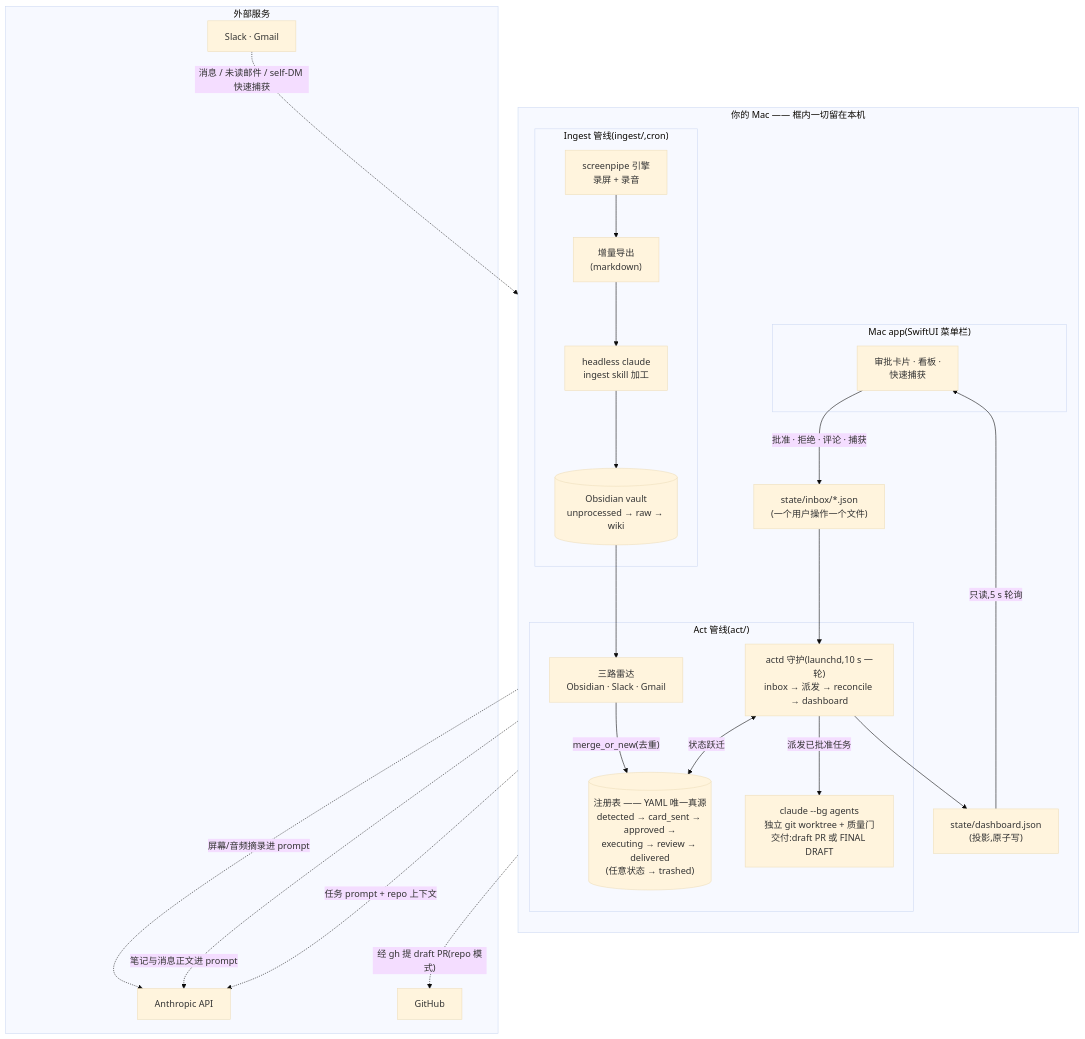
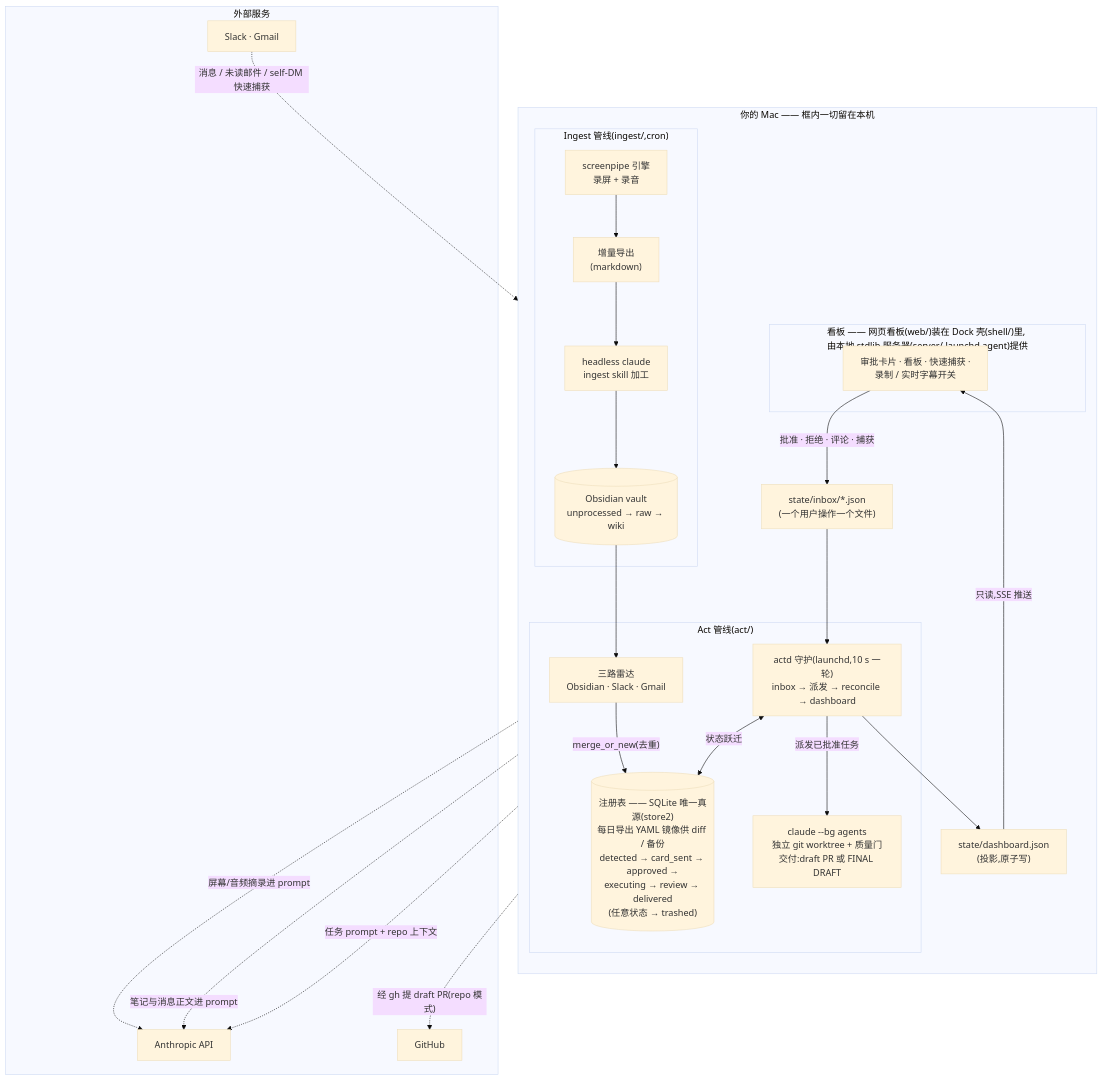
Before and after one commit to Wan-ZL/zelin-ai-assistant: the diagram in README.zh-CN.md, drawn with Mermaid (base theme). The commit also changed other lines of this file and 3 other files, not shown here.

First line of the commit message:
release: 1.0.0 — web board + shell + SQLite architecture baseline

````diff
--- a/README.zh-CN.md
+++ b/README.zh-CN.md
@@ -35,48 +35,48 @@
 ```mermaid
 flowchart TB
     subgraph MAC["你的 Mac —— 框内一切留在本机"]
         direction TB
 
         subgraph INGEST["Ingest 管线(ingest/,cron)"]
             SP["screenpipe 引擎<br/>录屏 + 录音"] --> EXP["增量导出<br/>(markdown)"]
             EXP --> DISTILL["headless claude<br/>ingest skill 加工"]
             DISTILL --> VAULT[("Obsidian vault<br/>unprocessed → raw → wiki")]
         end
 
         subgraph ACTP["Act 管线(act/)"]
             RADARS["三路雷达<br/>Obsidian · Slack · Gmail"]
-            REG[("注册表 —— YAML 唯一真源<br/>detected → card_sent → approved →<br/>executing → review → delivered<br/>(任意状态 → trashed)")]
+            REG[("注册表 —— SQLite 唯一真源(store2)<br/>每日导出 YAML 镜像供 diff / 备份<br/>detected → card_sent → approved →<br/>executing → review → delivered<br/>(任意状态 → trashed)")]
             ACTD["actd 守护(launchd,10 s 一轮)<br/>inbox → 派发 → reconcile → dashboard"]
             AGENTS["claude --bg agents<br/>独立 git worktree + 质量门<br/>交付:draft PR 或 FINAL DRAFT"]
             RADARS -->|"merge_or_new(去重)"| REG
             ACTD <-->|"状态跃迁"| REG
             ACTD -->|"派发已批准任务"| AGENTS
         end
 
         VAULT --> RADARS
 
         DASH["state/dashboard.json<br/>(投影,原子写)"]
         INBOX["state/inbox/*.json<br/>(一个用户操作一个文件)"]
 
-        subgraph APP["Mac app(SwiftUI 菜单栏)"]
-            UI["审批卡片 · 看板 ·<br/>快速捕获"]
+        subgraph APP["看板 —— 网页看板(web/)装在 Dock 壳(shell/)里,<br/>由本地 stdlib 服务器(server/,launchd agent)提供"]
+            UI["审批卡片 · 看板 · 快速捕获 ·<br/>录制 / 实时字幕开关"]
         end
 
         ACTD --> DASH
-        DASH -->|"只读,5 s 轮询"| UI
+        DASH -->|"只读,SSE 推送"| UI
         UI -->|"批准 · 拒绝 · 评论 · 捕获"| INBOX
         INBOX --> ACTD
     end
 
     subgraph EXT["外部服务"]
         ANTH["Anthropic API"]
         GH["GitHub"]
         SRC["Slack · Gmail"]
     end
 
     DISTILL -.->|"屏幕/音频摘录进 prompt"| ANTH
     RADARS -.->|"笔记与消息正文进 prompt"| ANTH
     AGENTS -.->|"任务 prompt + repo 上下文"| ANTH
     AGENTS -.->|"经 gh 提 draft PR(repo 模式)"| GH
     SRC -.->|"消息 / 未读邮件 / self-DM 快速捕获"| RADARS
 ```
````
